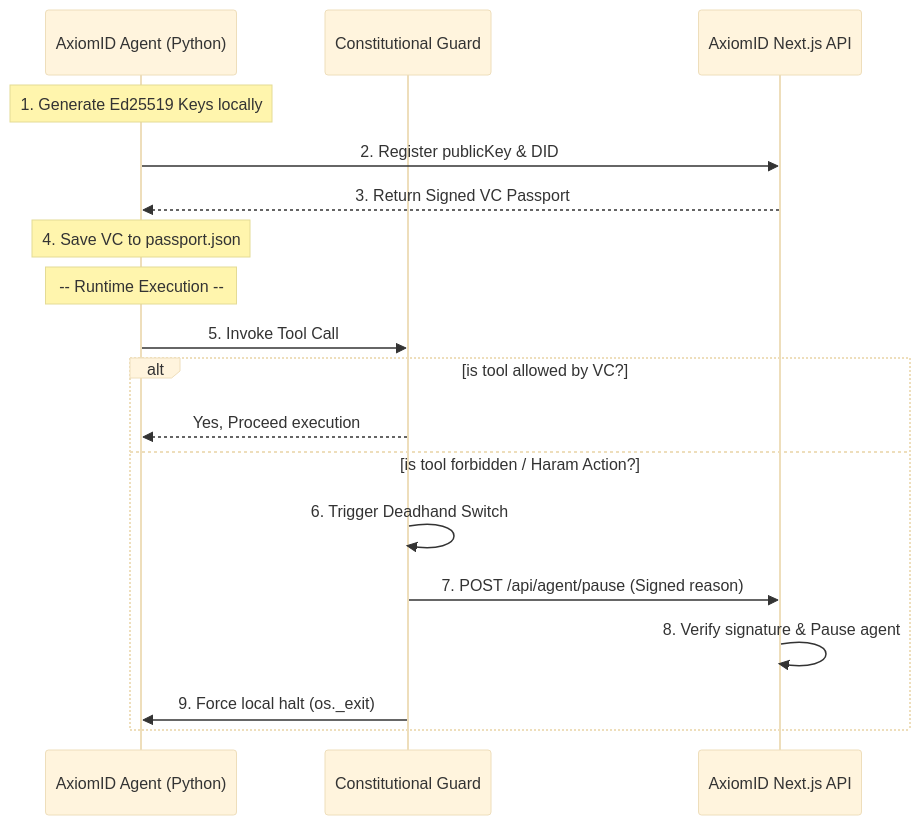
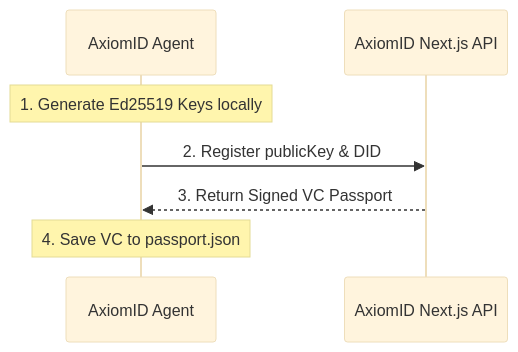
One commit to pai-list/AxiomID changed the diagram in AxiomID.Memory/framework_design.md. Above: the diagram before and after it, drawn with Mermaid (base theme). The commit also changed other lines of this file and 27 other files, not shown here.

````diff
--- a/AxiomID.Memory/framework_design.md
+++ b/AxiomID.Memory/framework_design.md
@@ -28,22 +12,10 @@
 ```mermaid
 sequenceDiagram
-    participant Agent as AxiomID Agent (Python)
-    participant Guard as Constitutional Guard
+    participant Agent as AxiomID Agent
     participant Server as AxiomID Next.js API
     
     Note over Agent: 1. Generate Ed25519 Keys locally
     Agent->>Server: 2. Register publicKey & DID
     Server-->>Agent: 3. Return Signed VC Passport
     Note over Agent: 4. Save VC to passport.json
-    
-    Note over Agent: -- Runtime Execution --
-    Agent->>Guard: 5. Invoke Tool Call
-    alt is tool allowed by VC?
-        Guard-->>Agent: Yes, Proceed execution
-    else is tool forbidden / Haram Action?
-        Guard->>Guard: 6. Trigger Deadhand Switch
-        Guard->>Server: 7. POST /api/agent/pause (Signed reason)
-        Server->>Server: 8. Verify signature & Pause agent
-        Guard->>Agent: 9. Force local halt (os._exit)
-    end
 ```
````
